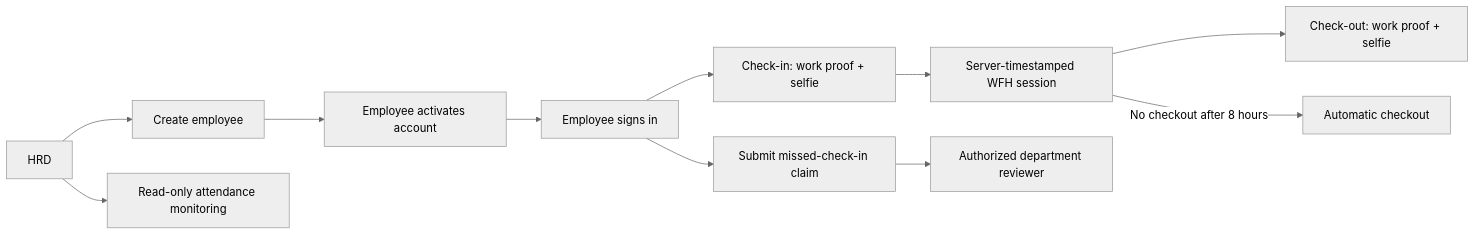
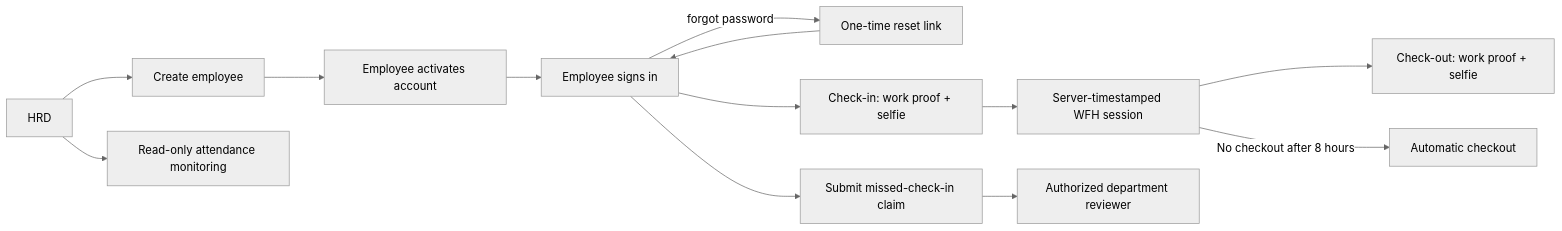
Before and after one commit to Johntor12/dexa-group-technical-test: the first of 2 diagrams in README.md, drawn with Mermaid (neutral theme). The commit also changed 21 other files, not shown here.

Commit message:
feat: add Forgot Password and change password

````diff
--- a/README.md
+++ b/README.md
@@ -11,13 +11,15 @@
 ```mermaid
 flowchart LR
   H[HRD] --> A[Create employee]
   A --> I[Employee activates account]
   I --> L[Employee signs in]
+  L -->|forgot password| P[One-time reset link]
+  P --> L
   L --> C[Check-in: work proof + selfie]
   C --> S[Server-timestamped WFH session]
   S --> O[Check-out: work proof + selfie]
   S -->|No checkout after 8 hours| X[Automatic checkout]
   H --> M[Read-only attendance monitoring]
   L --> Q[Submit missed-check-in claim]
   Q --> R[Authorized department reviewer]
 ```
````
